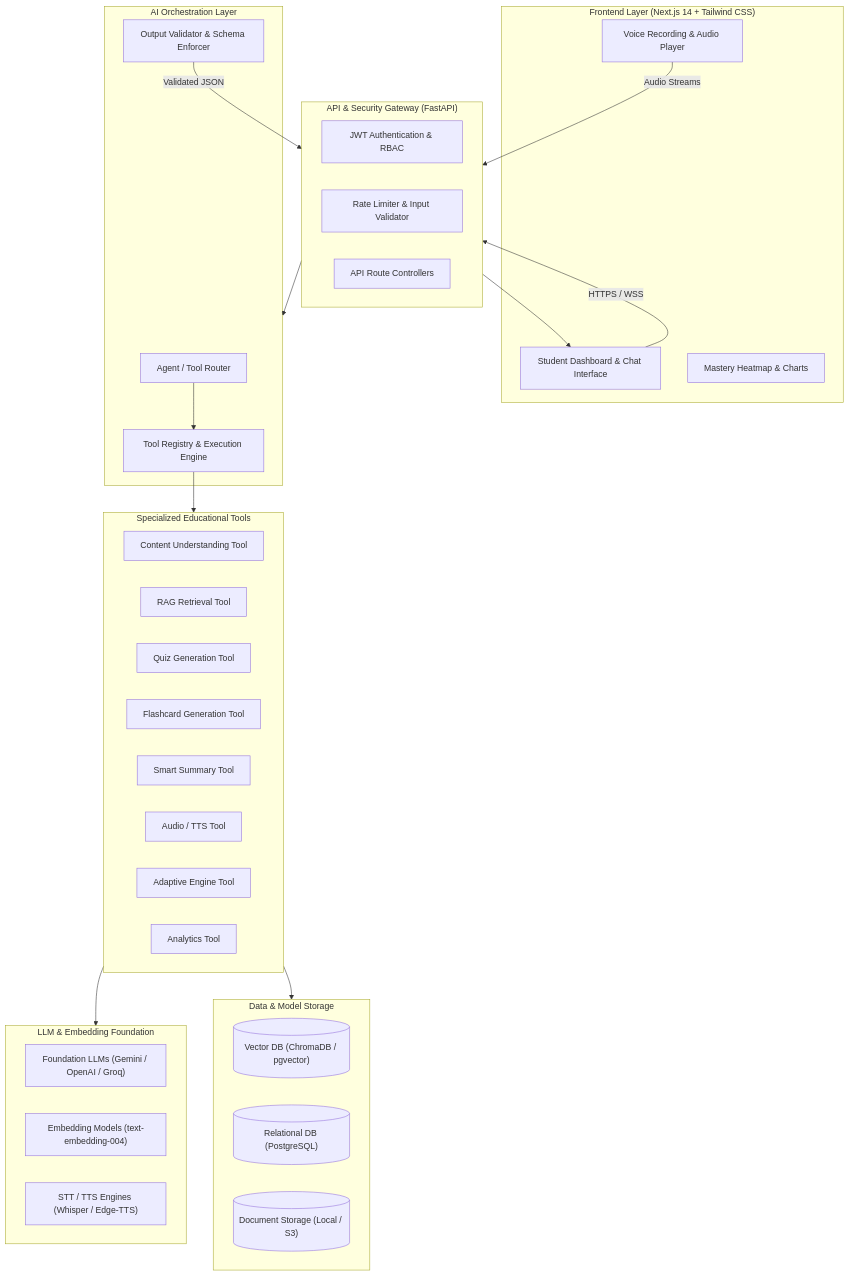
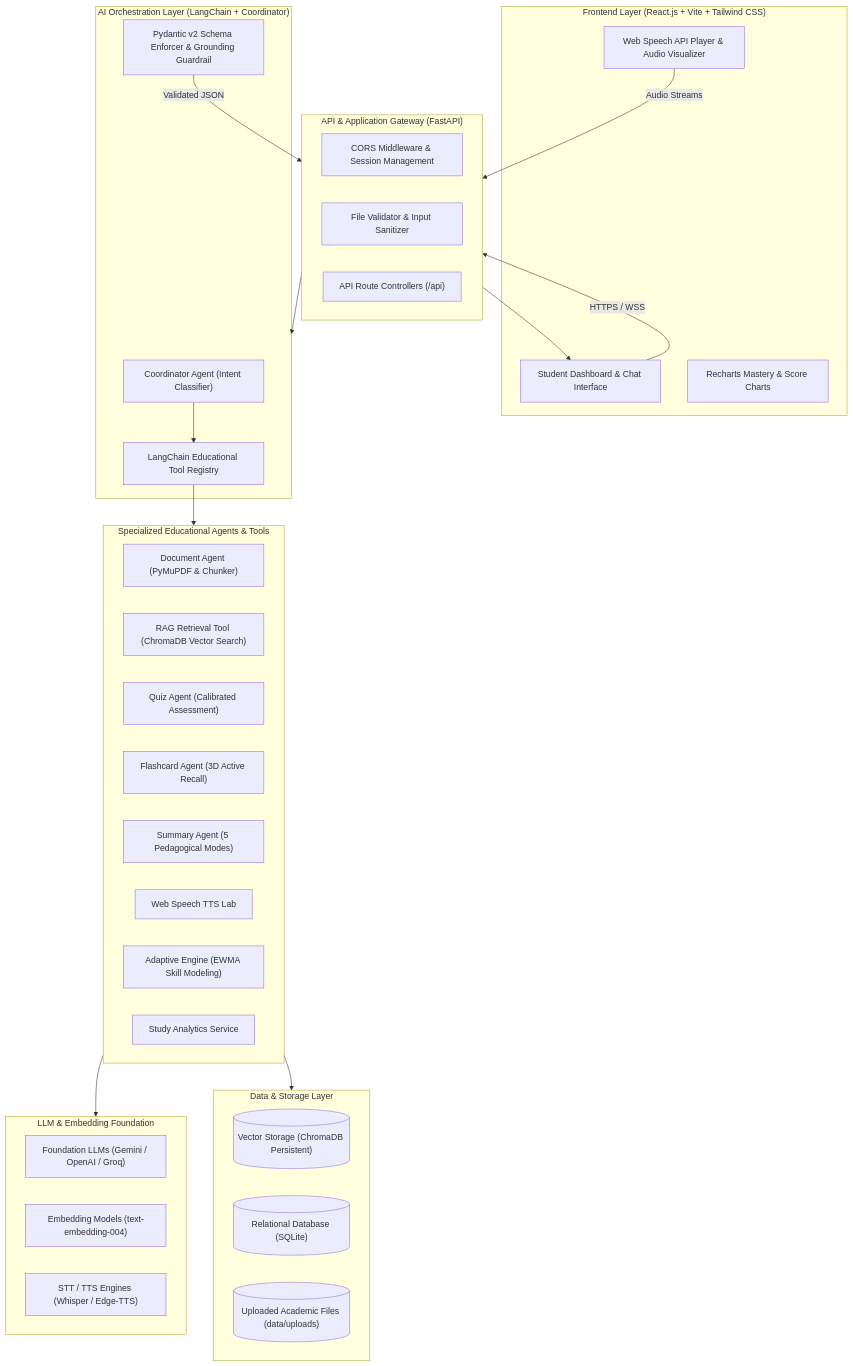
One commit to varun16-dev/Cognivora-AI changed the first of 8 diagrams in docs/PROJECT_PLAN.md. Above: the diagram before and after it, drawn with Mermaid. The commit also changed other lines of this file, not shown here.

Commit message:
docs: align PROJECT_PLAN.md with Track A enhanced specifications and React/SQLite architecture

````diff
--- a/docs/PROJECT_PLAN.md
+++ b/docs/PROJECT_PLAN.md
@@ -128,53 +128,53 @@
 ```mermaid
 flowchart TD
-    subgraph Client ["Frontend Layer (Next.js 14 + Tailwind CSS)"]
+    subgraph Client ["Frontend Layer (React.js + Vite + Tailwind CSS)"]
         UI["Student Dashboard & Chat Interface"]
-        VoiceIO["Voice Recording & Audio Player"]
-        AnalyticsViz["Mastery Heatmap & Charts"]
+        VoiceIO["Web Speech API Player & Audio Visualizer"]
+        AnalyticsViz["Recharts Mastery & Score Charts"]
     end
 
-    subgraph Gateway ["API & Security Gateway (FastAPI)"]
-        Auth["JWT Authentication & RBAC"]
-        RateLimit["Rate Limiter & Input Validator"]
-        Router["API Route Controllers"]
+    subgraph Gateway ["API & Application Gateway (FastAPI)"]
+        Auth["CORS Middleware & Session Management"]
+        RateLimit["File Validator & Input Sanitizer"]
+        Router["API Route Controllers (/api)"]
     end
 
-    subgraph AgenticCore ["AI Orchestration Layer"]
-        Orchestrator["Agent / Tool Router"]
-        ToolRegistry["Tool Registry & Execution Engine"]
-        Guardrails["Output Validator & Schema Enforcer"]
+    subgraph AgenticCore ["AI Orchestration Layer (LangChain + Coordinator)"]
+        Orchestrator["Coordinator Agent (Intent Classifier)"]
+        ToolRegistry["LangChain Educational Tool Registry"]
+        Guardrails["Pydantic v2 Schema Enforcer & Grounding Guardrail"]
     end
 
-    subgraph Tools ["Specialized Educational Tools"]
-        T1["Content Understanding Tool"]
-        T2["RAG Retrieval Tool"]
-        T3["Quiz Generation Tool"]
-        T4["Flashcard Generation Tool"]
-        T5["Smart Summary Tool"]
-        T6["Audio / TTS Tool"]
-        T7["Adaptive Engine Tool"]
-        T8["Analytics Tool"]
+    subgraph Tools ["Specialized Educational Agents & Tools"]
+        T1["Document Agent (PyMuPDF & Chunker)"]
+        T2["RAG Retrieval Tool (ChromaDB Vector Search)"]
+        T3["Quiz Agent (Calibrated Assessment)"]
+        T4["Flashcard Agent (3D Active Recall)"]
+        T5["Summary Agent (5 Pedagogical Modes)"]
+        T6["Web Speech TTS Lab"]
+        T7["Adaptive Engine (EWMA Skill Modeling)"]
+        T8["Study Analytics Service"]
     end
 
-    subgraph Storage ["Data & Model Storage"]
-        VectorDB[("Vector DB (ChromaDB / pgvector)")]
-        Postgres[("Relational DB (PostgreSQL)")]
-        FileStore[("Document Storage (Local / S3)")]
+    subgraph Storage ["Data & Storage Layer"]
+        VectorDB[("Vector Storage (ChromaDB Persistent)")]
+        SQLiteDB[("Relational Database (SQLite)")]
+        FileStore[("Uploaded Academic Files (data/uploads)")]
     end
 
     subgraph Models ["LLM & Embedding Foundation"]
         LLM["Foundation LLMs (Gemini / OpenAI / Groq)"]
         Embedder["Embedding Models (text-embedding-004)"]
         AudioModels["STT / TTS Engines (Whisper / Edge-TTS)"]
     end
 
     UI -->|HTTPS / WSS| Gateway
     VoiceIO -->|Audio Streams| Gateway
     Gateway --> AgenticCore
     Orchestrator --> ToolRegistry
     ToolRegistry --> Tools
     Tools --> Models
     Tools --> Storage
     Guardrails -->|Validated JSON| Gateway
     Gateway --> UI
 ```
````
